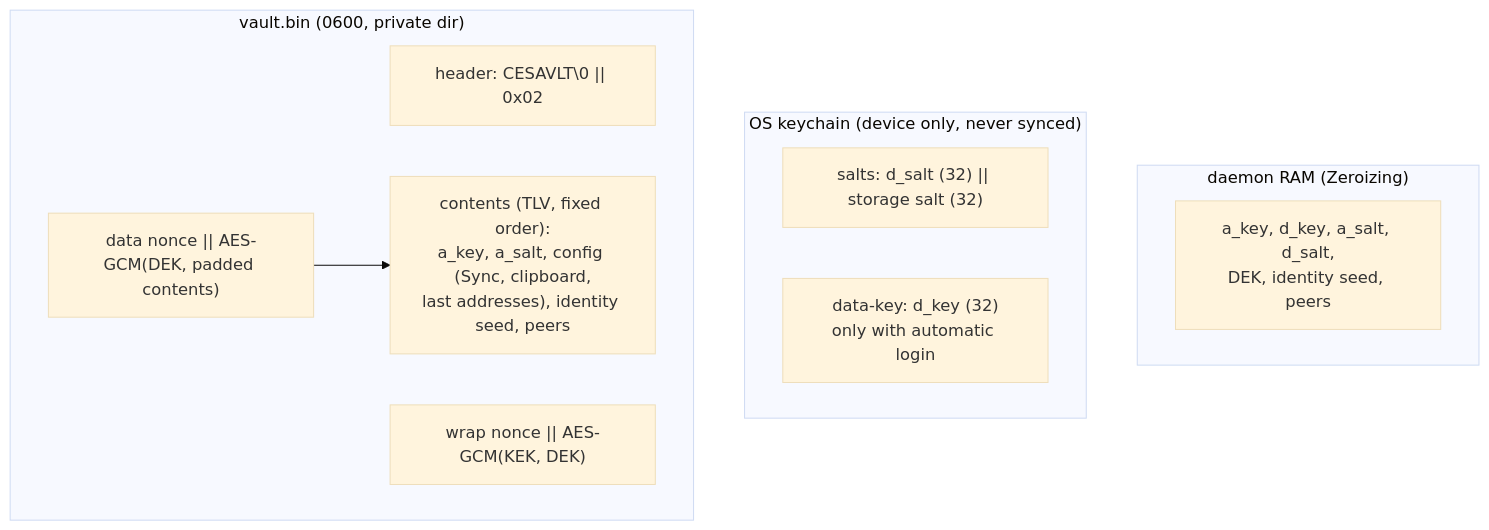
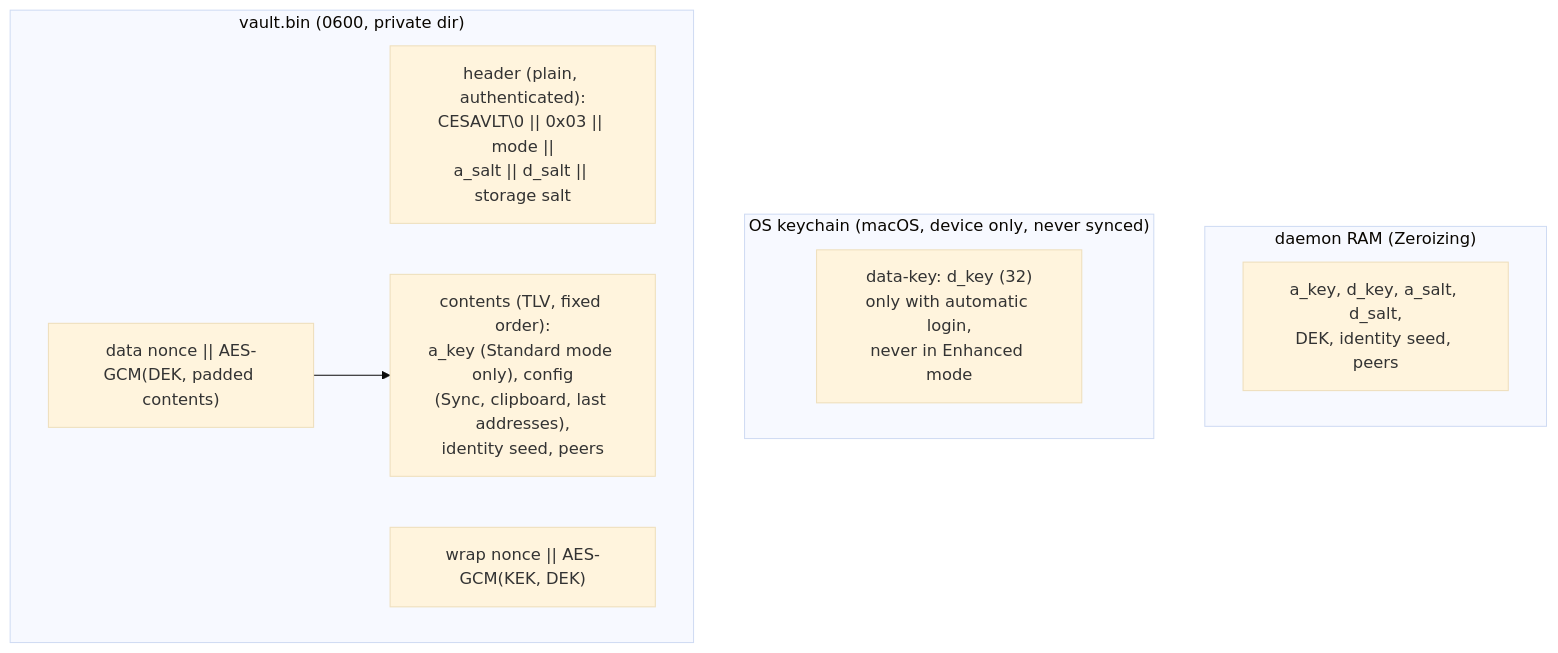
Before and after one commit to czarekkdev/cesaconn: the second of 5 diagrams in docs/diagrams/keys-and-storage.md, drawn with Mermaid (base theme). The commit also changed other lines of this file and 6 other files, not shown here.

First line of the commit message:
docs(daemon, diagrams, readme): own vault salts and Enhanced security

````diff
--- a/docs/diagrams/keys-and-storage.md
+++ b/docs/diagrams/keys-and-storage.md
@@ -25,16 +32,15 @@
 ```mermaid
 flowchart TB
     subgraph ram["daemon RAM (Zeroizing)"]
         r1["a_key, d_key, a_salt, d_salt,<br/>DEK, identity seed, peers"]
     end
-    subgraph kc["OS keychain (device only, never synced)"]
-        k1["salts: d_salt (32) || storage salt (32)"]
-        k2["data-key: d_key (32)<br/>only with automatic login"]
+    subgraph kc["OS keychain (macOS, device only, never synced)"]
+        k2["data-key: d_key (32)<br/>only with automatic login,<br/>never in Enhanced mode"]
     end
     subgraph file["vault.bin (0600, private dir)"]
-        f0["header: CESAVLT\0 || 0x02"]
+        f0["header (plain, authenticated):<br/>CESAVLT\0 || 0x03 || mode ||<br/>a_salt || d_salt || storage salt"]
         f1["wrap nonce || AES-GCM(KEK, DEK)"]
         f2["data nonce || AES-GCM(DEK, padded contents)"]
-        f2 --> c["contents (TLV, fixed order):<br/>a_key, a_salt, config (Sync, clipboard,<br/>last addresses), identity seed, peers"]
+        f2 --> c["contents (TLV, fixed order):<br/>a_key (Standard mode only), config<br/>(Sync, clipboard, last addresses),<br/>identity seed, peers"]
     end
 ```
````
